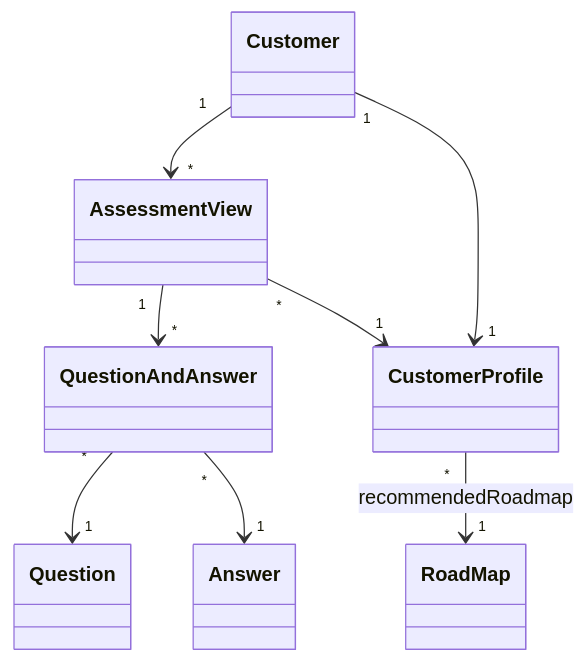
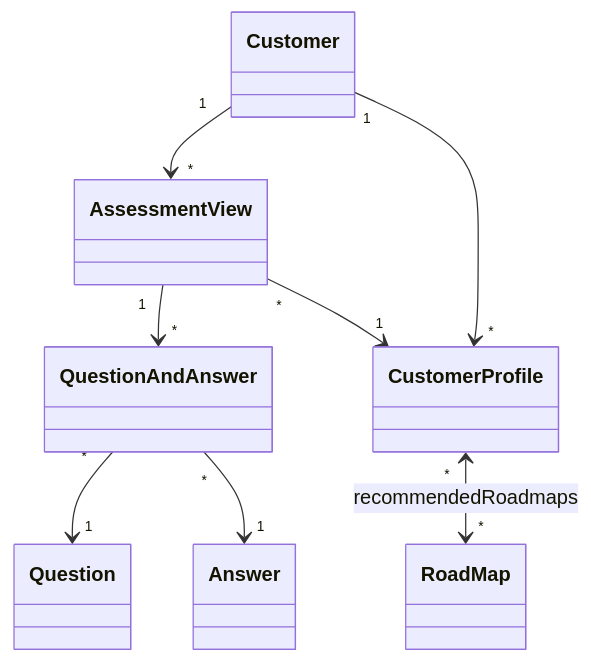
One commit to AlbertProfe/compassMap changed the diagram in docs/compassMap_v2.md. Above: the diagram before and after it, drawn with Mermaid. The commit also changed other lines of this file, not shown here.

Commit message:
doc: compassMap_v2.md updated to task#2 many to many

````diff
--- a/docs/compassMap_v2.md
+++ b/docs/compassMap_v2.md
@@ -59,10 +59,10 @@
 ```mermaid
 classDiagram
     Customer "1" --> "*" AssessmentView
     AssessmentView "1" --> "*" QuestionAndAnswer
     QuestionAndAnswer "*" --> "1" Question
     QuestionAndAnswer "*" --> "1" Answer
     AssessmentView "*" --> "1" CustomerProfile
-    Customer "1" --> "1" CustomerProfile
-    CustomerProfile "*" --> "1" RoadMap : recommendedRoadmap
+    Customer "1" --> "*" CustomerProfile
+    CustomerProfile "*" <--> "*" RoadMap : recommendedRoadmaps
 ```
````
